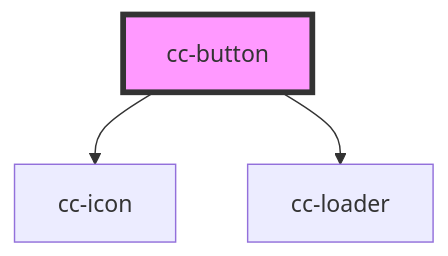
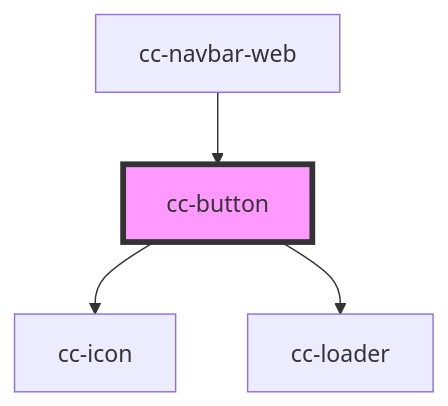
Before and after one commit to lacafetalab/cafeta-components: the diagram in packages/core/src/components/cc-button/readme.md, drawn with Mermaid. The commit also changed other lines of this file and 9 other files, not shown here.

````diff
--- a/packages/core/src/components/cc-button/readme.md
+++ b/packages/core/src/components/cc-button/readme.md
@@ -33,6 +37,7 @@
 ```mermaid
 graph TD;
   cc-button --> cc-icon
   cc-button --> cc-loader
+  cc-navbar-web --> cc-button
   style cc-button fill:#f9f,stroke:#333,stroke-width:4px
 ```
````
